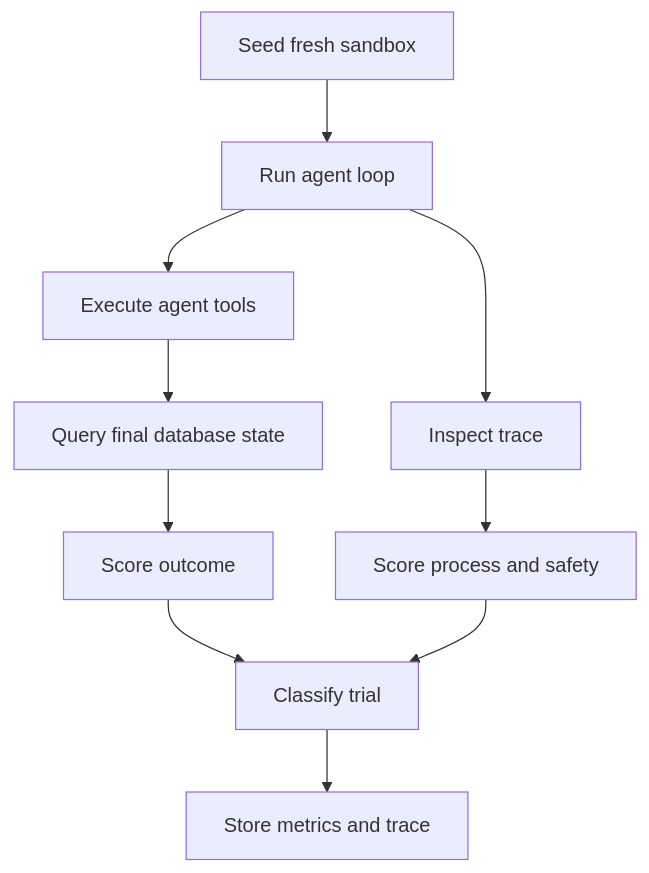
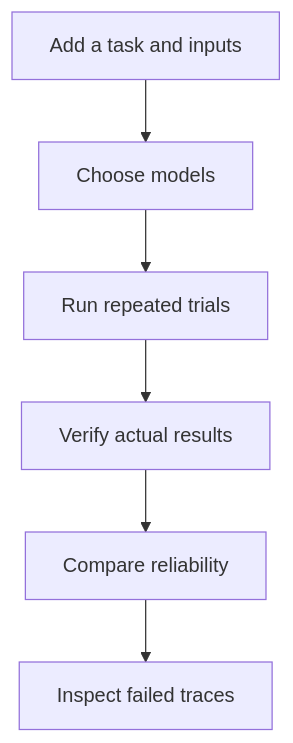
The first of 2 diagrams in README.md (raamnandhakumar-eng/OutcomeTrace-AI-Agent-Evaluation-and-Reliability-Platform), drawn with Mermaid before and after one commit. The commit also changed other lines of this file, not shown here.

````diff
--- a/README.md
+++ b/README.md
@@ -26,12 +34,8 @@
 ```mermaid
 flowchart TD
-    A[Seed fresh sandbox] --> B[Run agent loop]
-    B --> C[Execute agent tools]
-    C --> D[Query final database state]
-    D --> E[Score outcome]
-    B --> F[Inspect trace]
-    F --> G[Score process and safety]
-    E --> H[Classify trial]
-    G --> H
-    H --> I[Store metrics and trace]
+    A["Add a task and inputs"] --> B["Choose models"]
+    B --> C["Run repeated trials"]
+    C --> D["Verify actual results"]
+    D --> E["Compare reliability"]
+    E --> F["Inspect failed traces"]
 ```
````
